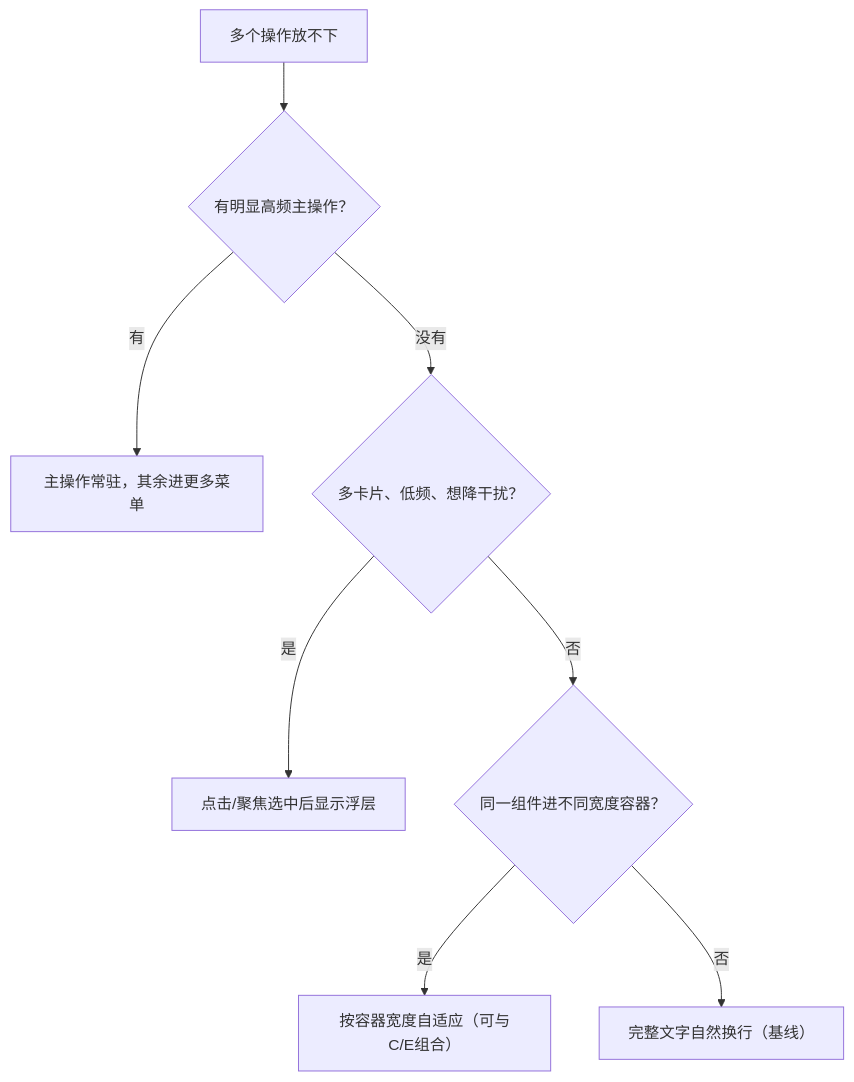
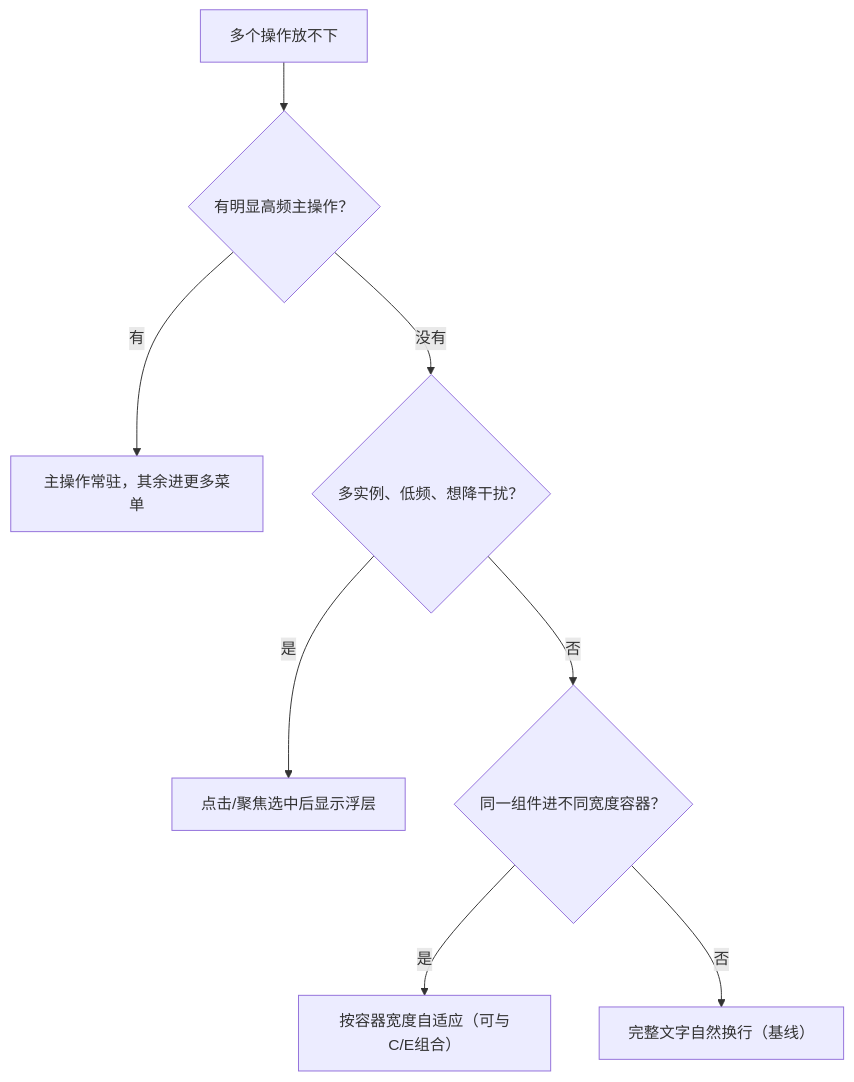
One commit to xuchaoxin1375/skills-for-developer changed the diagram in skills/adaptive-layout/references/patterns.md. Above: the diagram before and after it, drawn with Mermaid. The commit also changed other lines of this file and 15 other files, not shown here.

````diff
--- a/skills/adaptive-layout/references/patterns.md
+++ b/skills/adaptive-layout/references/patterns.md
@@ -7,10 +8,10 @@
 ```mermaid
 flowchart TD
     A["多个操作放不下"] --> B{"有明显高频主操作？"}
     B -->|有| C["主操作常驻，其余进更多菜单"]
-    B -->|没有| D{"多卡片、低频、想降干扰？"}
+    B -->|没有| D{"多实例、低频、想降干扰？"}
     D -->|是| E["点击/聚焦选中后显示浮层"]
     D -->|否| F{"同一组件进不同宽度容器？"}
     F -->|是| G["按容器宽度自适应（可与C/E组合）"]
     F -->|否| H["完整文字自然换行（基线）"]
 ```
````
